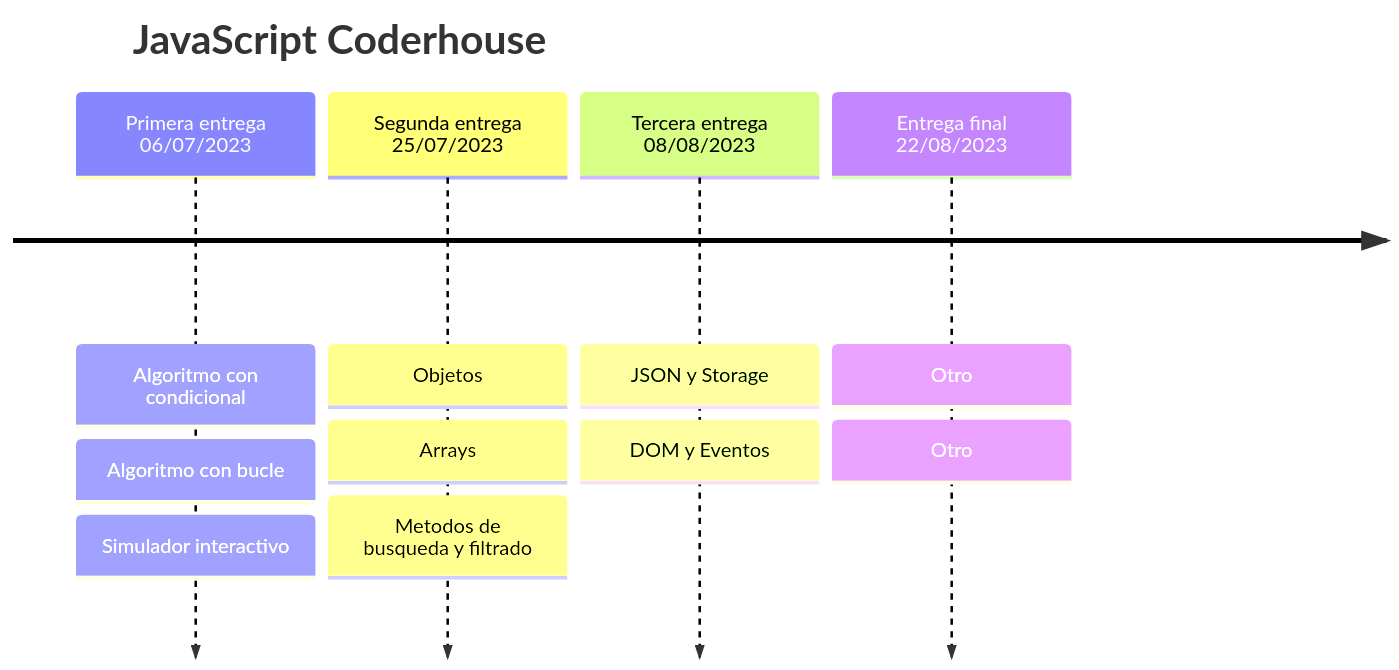
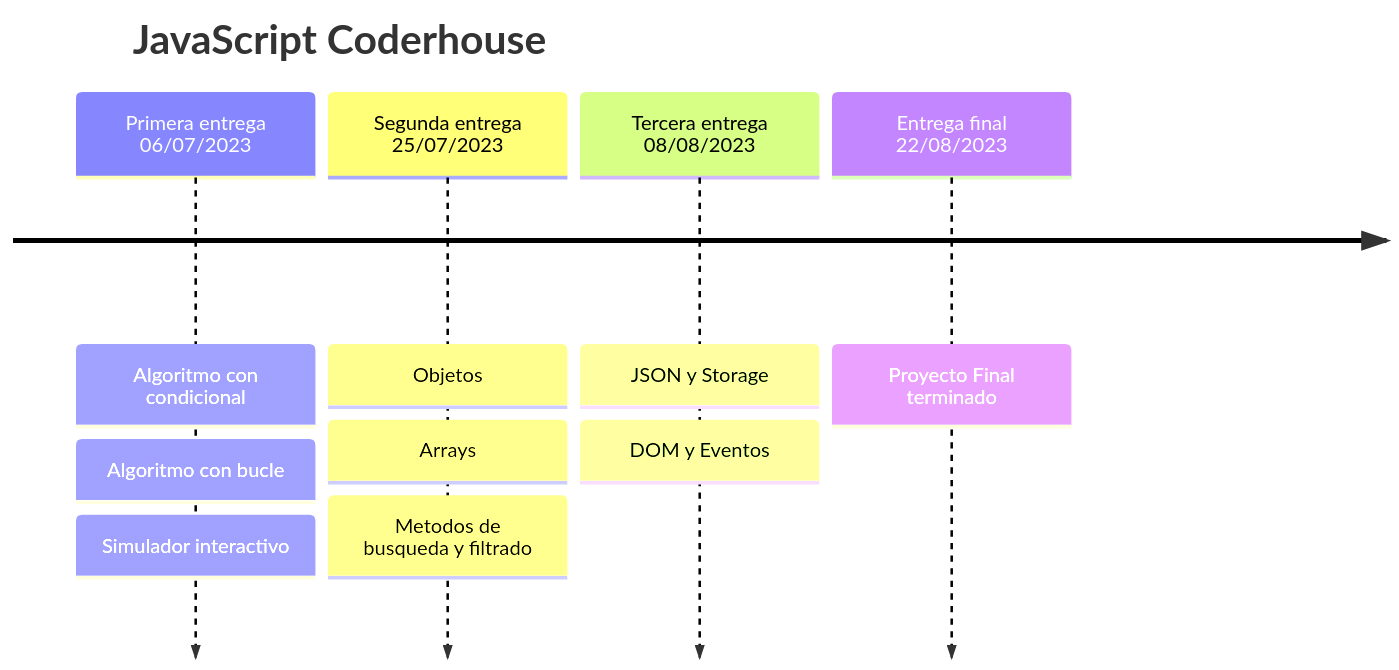
Before and after one commit to agusflores/js-coderhouse: the diagram in README.md, drawn with Mermaid. The commit also changed other lines of this file, not shown here.

````diff
--- a/README.md
+++ b/README.md
@@ -37,8 +41,8 @@
 ``` mermaid
 timeline
     title JavaScript Coderhouse
     Primera entrega 06/07/2023 : Algoritmo con condicional : Algoritmo con bucle : Simulador interactivo
     Segunda entrega 25/07/2023 : Objetos : Arrays : Metodos de busqueda y filtrado 
     Tercera entrega 08/08/2023 : JSON y Storage : DOM y Eventos
-    Entrega final 22/08/2023   : Otro : Otro
+    Entrega final 22/08/2023   : Proyecto Final terminado
 ```
````
